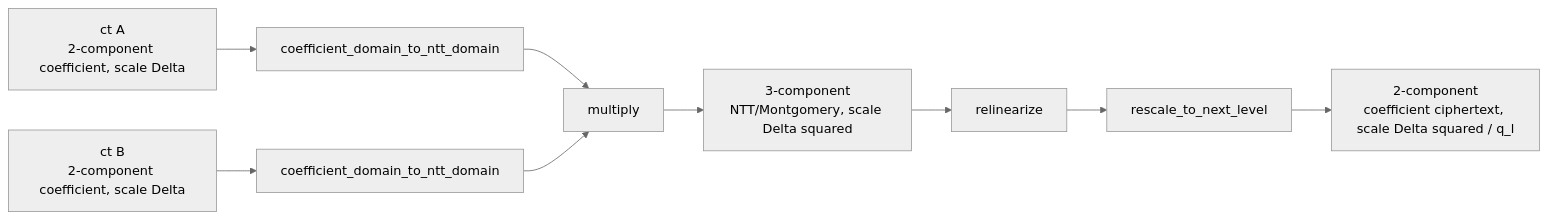
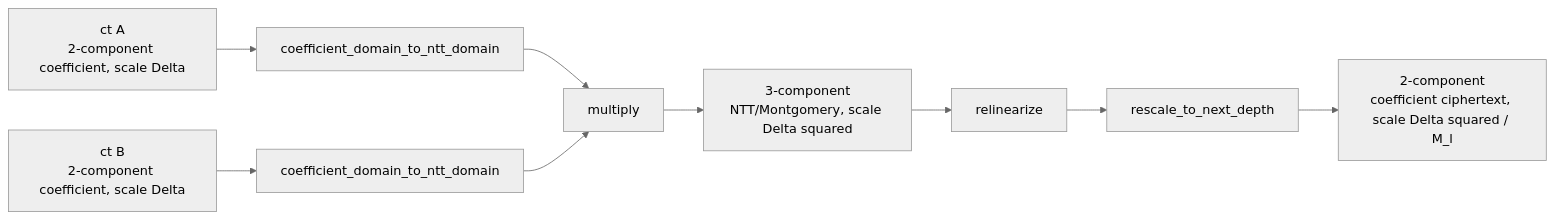
The third of 5 diagrams in docs/concepts/ckks/evaluator-operation-transitions.md (visualDust/fhelium), drawn with Mermaid (neutral theme) before and after one commit. The commit also changed other lines of this file and 369 other files, not shown here.

````diff
--- a/docs/concepts/ckks/evaluator-operation-transitions.md
+++ b/docs/concepts/ckks/evaluator-operation-transitions.md
@@ -117,15 +117,15 @@
 ```mermaid
 flowchart LR
     A[ct A<br/>2-component coefficient, scale Delta]
     B[ct B<br/>2-component coefficient, scale Delta]
     NA[coefficient_domain_to_ntt_domain]
     NB[coefficient_domain_to_ntt_domain]
     MUL[multiply]
     T[3-component<br/>NTT/Montgomery, scale Delta squared]
     RELIN[relinearize]
-    R[rescale_to_next_level]
-    O[2-component<br/>coefficient ciphertext, scale Delta squared / q_l]
+    R[rescale_to_next_depth]
+    O[2-component<br/>coefficient ciphertext, scale Delta squared / M_l]
     A --> NA --> MUL
     B --> NB --> MUL
     MUL --> T --> RELIN --> R --> O
 ```
````
